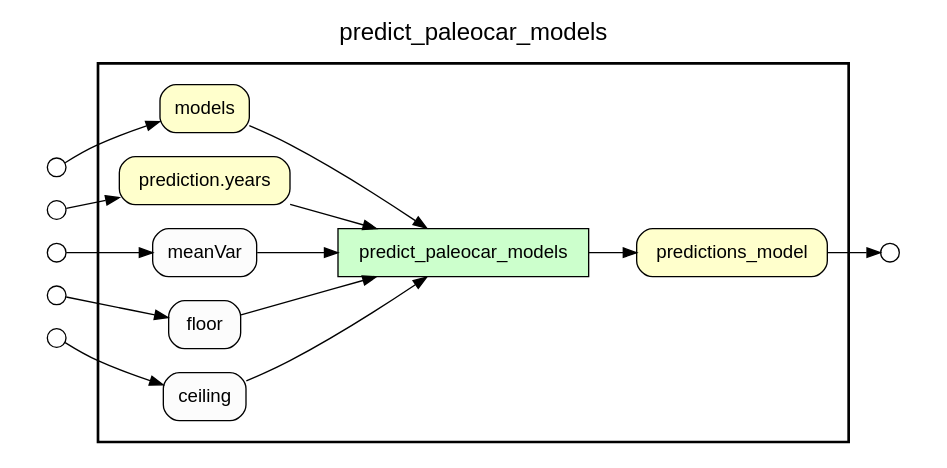
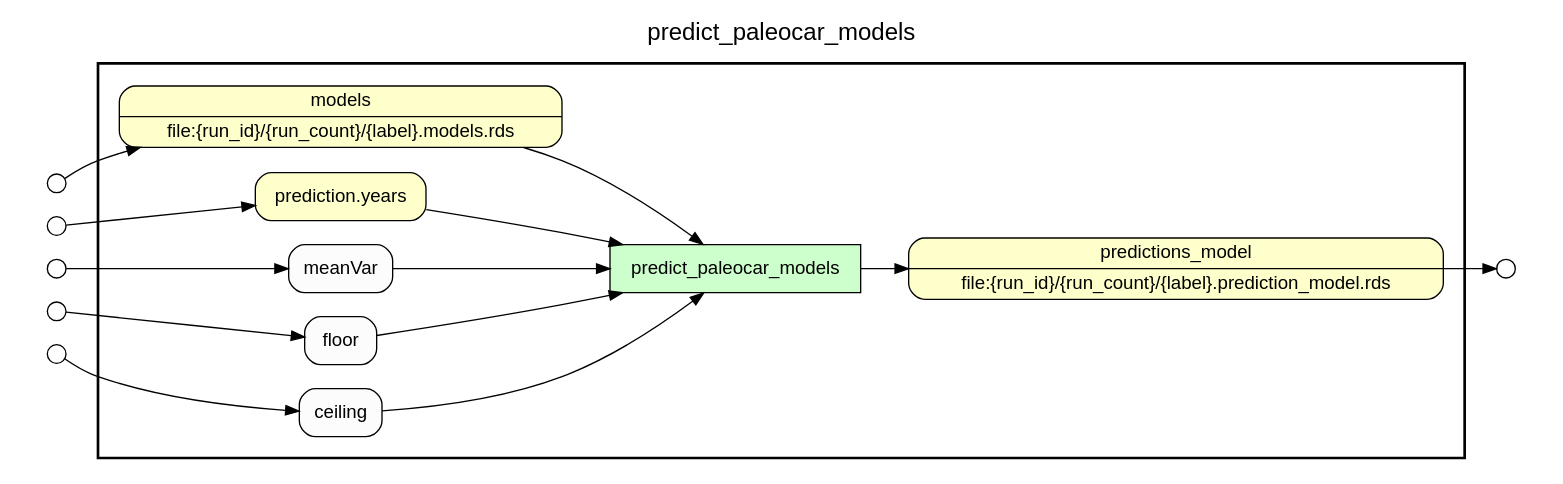
One commit to idaks/wt-prov-Summer-2017 changed the diagram in .prov_scripts/gv_files/predict_paleocar_models.gv. Above: the diagram before and after it, drawn with Graphviz. The commit also changed 37 other files, not shown here.

```diff
--- a/.prov_scripts/gv_files/predict_paleocar_models.gv
+++ b/.prov_scripts/gv_files/predict_paleocar_models.gv
@@ -1,44 +1,44 @@
 digraph Workflow {
 rankdir=LR
 fontname=Helvetica; fontsize=18; labelloc=t
 label=predict_paleocar_models
 subgraph cluster_workflow_box_outer { label=""; color=black; penwidth=2
 subgraph cluster_workflow_box_inner { label=""; penwidth=0
 node[shape=box style=filled fillcolor="#CCFFCC" peripheries=1 fontname=Helvetica]
 predict_paleocar_models
 node[shape=box style="rounded,filled" fillcolor="#FFFFCC" peripheries=1 fontname=Helvetica]
-predictions_model
-models
+predictions_model [shape=record rankdir=LR label="{{<f0> predictions_model |<f1> file\:\{run_id\}/\{run_count\}/\{label\}.prediction_model.rds}}"];
+models [shape=record rankdir=LR label="{{<f0> models |<f1> file\:\{run_id\}/\{run_count\}/\{label\}.models.rds}}"];
 "prediction.years"
 node[shape=box style="rounded,filled" fillcolor="#FCFCFC" peripheries=1 fontname=Helvetica]
 meanVar
 floor
 ceiling
 predict_paleocar_models -> predictions_model
 models -> predict_paleocar_models
 "prediction.years" -> predict_paleocar_models
 meanVar -> predict_paleocar_models
 floor -> predict_paleocar_models
 ceiling -> predict_paleocar_models
 }}
 subgraph cluster_input_ports_group_outer { label=""; penwidth=0
 subgraph cluster_input_ports_group_inner { label=""; penwidth=0
 node[shape=circle style="rounded,filled" fillcolor="#FFFFFF" peripheries=1 fontname=Helvetica width=0.2]
 models_input_port [label=""]
 "prediction.years_input_port" [label=""]
 meanVar_input_port [label=""]
 floor_input_port [label=""]
 ceiling_input_port [label=""]
 }}
 subgraph cluster_output_ports_group_outer { label=""; penwidth=0
 subgraph cluster_output_ports_group_inner { label=""; penwidth=0
 node[shape=circle style="rounded,filled" fillcolor="#FFFFFF" peripheries=1 fontname=Helvetica width=0.2]
 predictions_model_output_port [label=""]
 }}
 models_input_port -> models
 "prediction.years_input_port" -> "prediction.years"
 meanVar_input_port -> meanVar
 floor_input_port -> floor
 ceiling_input_port -> ceiling
 predictions_model -> predictions_model_output_port
 }
```
